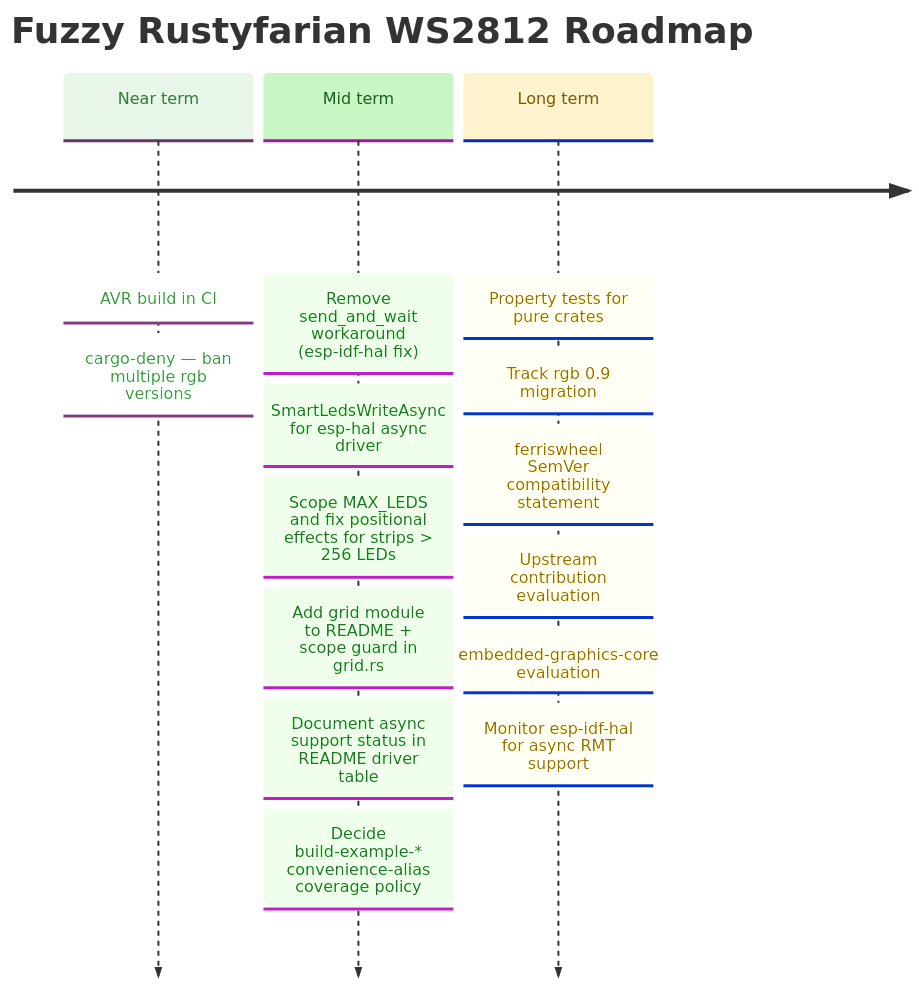
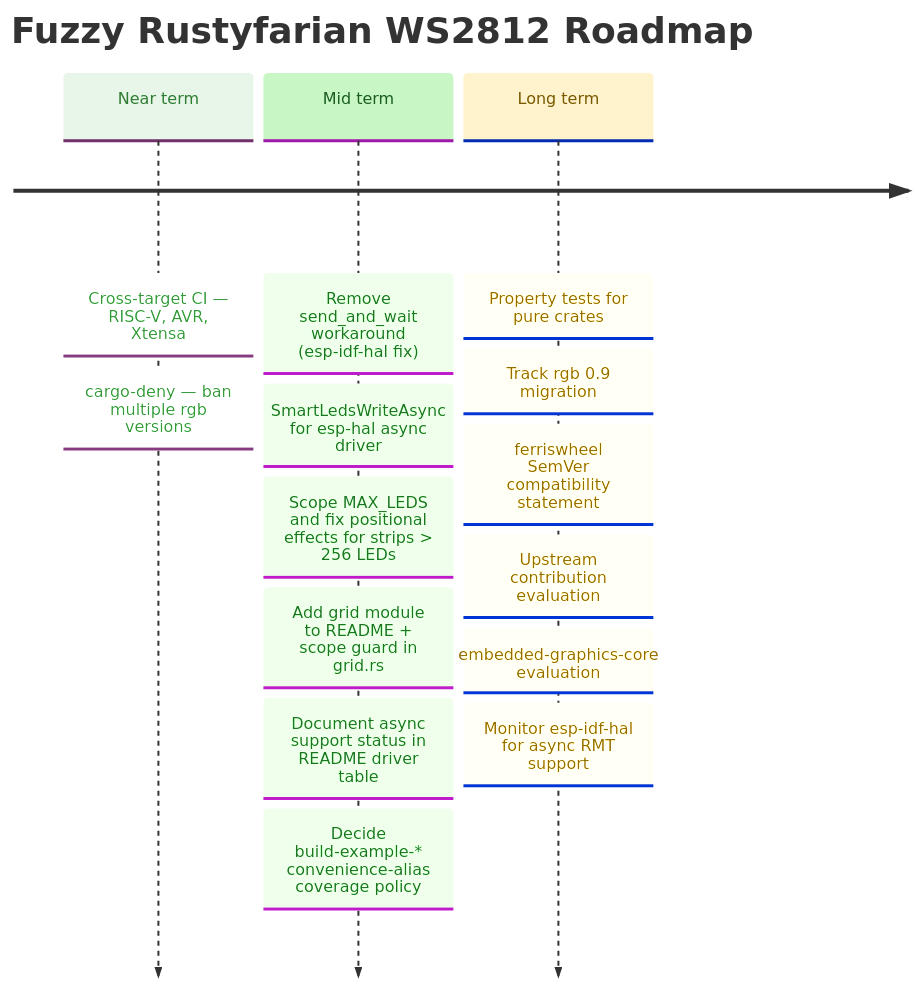
One commit to datenkollektiv/rustyfarian-ws2812 changed the diagram in docs/ROADMAP.md. Above: the diagram before and after it, drawn with Mermaid. The commit also changed other lines of this file and 3 other files, not shown here.

Commit message:
Enhance planned CI task with cross-target workflows for RISC-V, AVR, and Xtensa

````diff
--- a/docs/ROADMAP.md
+++ b/docs/ROADMAP.md
@@ -21,35 +21,35 @@
 ```mermaid
 %%{init: {
   "theme": "base",
   "themeVariables": {
     "cScale0": "#e8f5e9",
     "cScaleLabel0": "#2e7d32",
     "cScale1": "#c8f7c5",
     "cScaleLabel1": "#1b5e20",
     "cScale2": "#fff3cd",
     "cScaleLabel2": "#7a5a00",
     "cScale3": "#e3f2fd",
     "cScaleLabel3": "#0d47a1"
   }
 }}%%
 
 timeline
     title Fuzzy Rustyfarian WS2812 Roadmap
 
-    Near term : AVR build in CI
+    Near term : Cross-target CI — RISC-V, AVR, Xtensa
               : cargo-deny — ban multiple rgb versions
 
     Mid term  : Remove send_and_wait workaround (esp-idf-hal fix)
               : SmartLedsWriteAsync for esp-hal async driver
               : Scope MAX_LEDS and fix positional effects for strips > 256 LEDs
               : Add grid module to README + scope guard in grid.rs
               : Document async support status in README driver table
               : Decide build-example-* convenience-alias coverage policy
 
     Long term : Property tests for pure crates
               : Track rgb 0.9 migration
               : ferriswheel SemVer compatibility statement
               : Upstream contribution evaluation
               : embedded-graphics-core evaluation
               : Monitor esp-idf-hal for async RMT support
 ```
````
